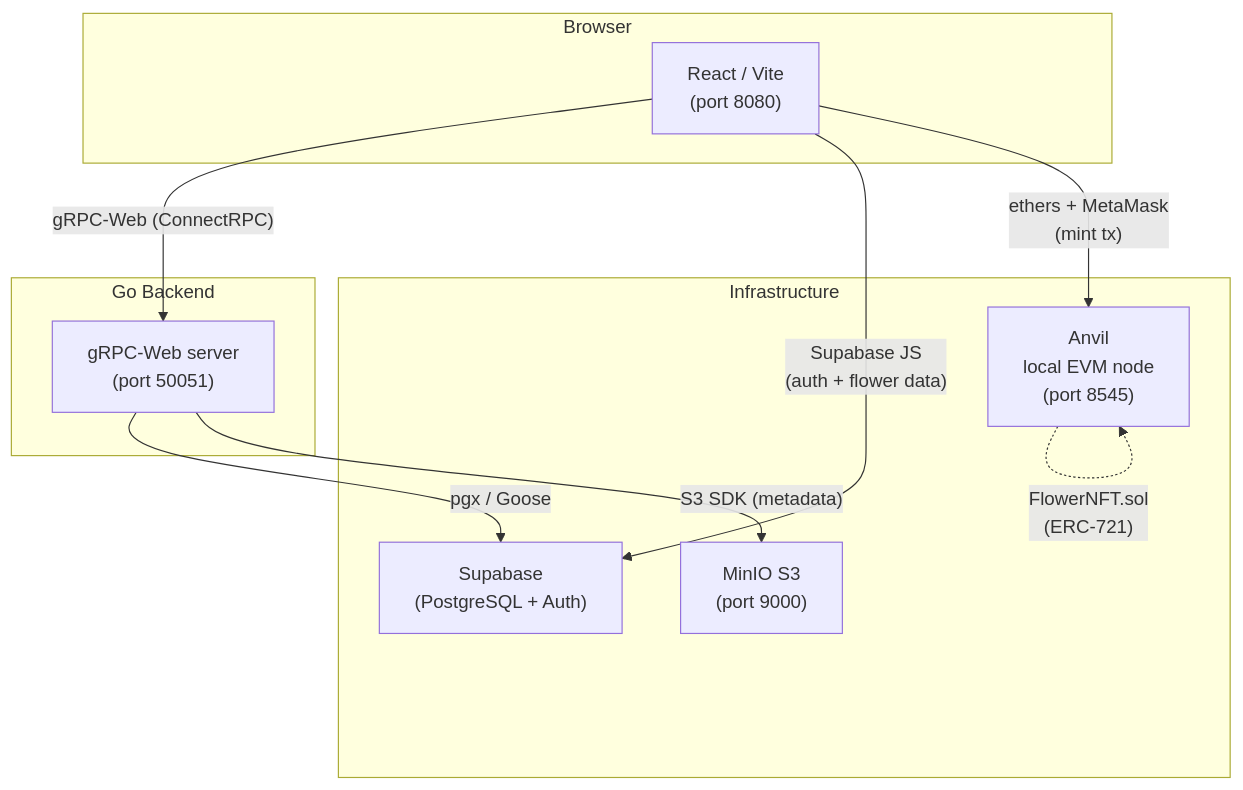
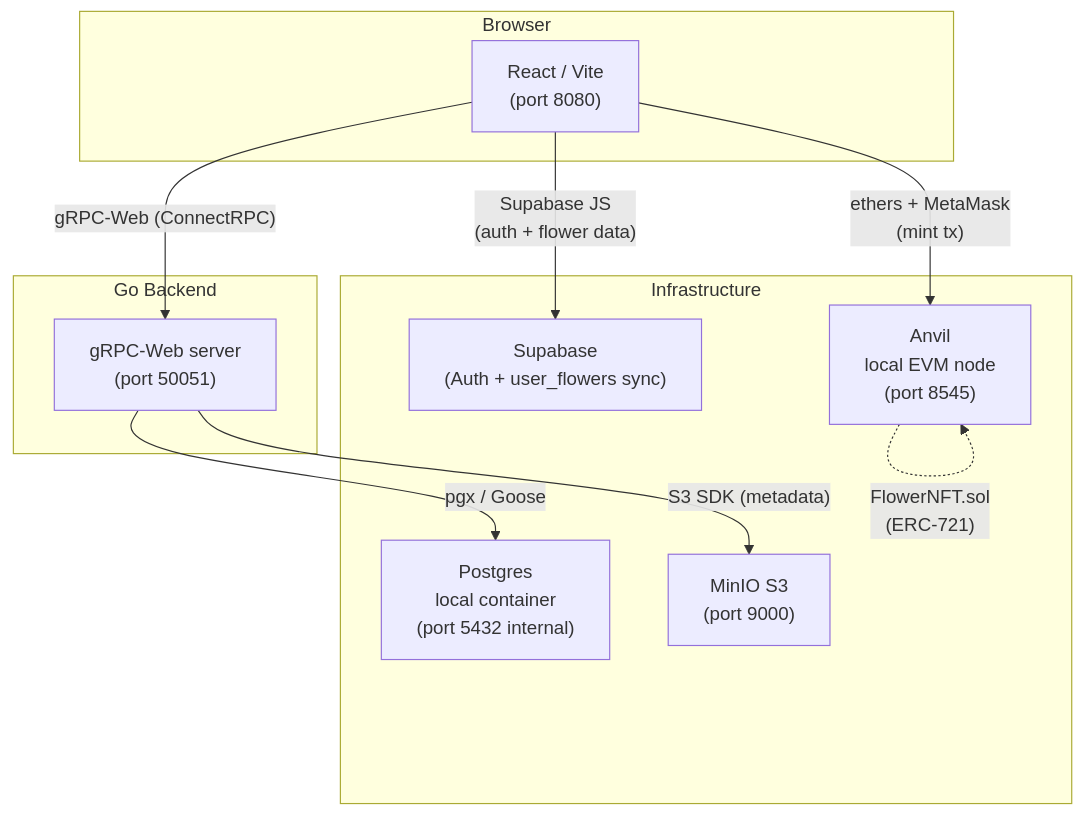
The diagram in README.md (VoixKz/petal-pixel), drawn with Mermaid before and after one commit. The commit also changed other lines of this file and 5 other files, not shown here.

````diff
--- a/README.md
+++ b/README.md
@@ -33,23 +33,24 @@
 ```mermaid
 flowchart TD
     subgraph browser [Browser]
         UI["React / Vite\n(port 8080)"]
     end
 
     subgraph backend [Go Backend]
         gRPC["gRPC-Web server\n(port 50051)"]
     end
 
     subgraph infra [Infrastructure]
-        Supabase["Supabase\n(PostgreSQL + Auth)"]
+        Supabase["Supabase\n(Auth + user_flowers sync)"]
+        Postgres["Postgres\nlocal container\n(port 5432 internal)"]
         Anvil["Anvil\nlocal EVM node\n(port 8545)"]
         MinIO["MinIO S3\n(port 9000)"]
     end
 
     UI -- "gRPC-Web (ConnectRPC)" --> gRPC
     UI -- "Supabase JS\n(auth + flower data)" --> Supabase
     UI -- "ethers + MetaMask\n(mint tx)" --> Anvil
-    gRPC -- "pgx / Goose" --> Supabase
+    gRPC -- "pgx / Goose" --> Postgres
     gRPC -- "S3 SDK (metadata)" --> MinIO
     Anvil -. "FlowerNFT.sol\n(ERC-721)" .-> Anvil
 ```
````
